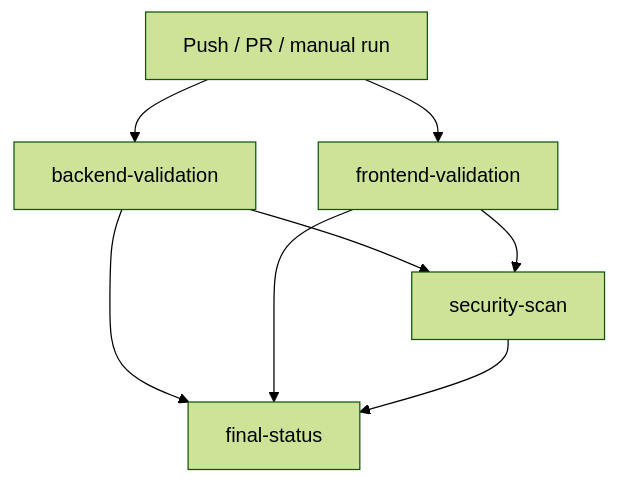
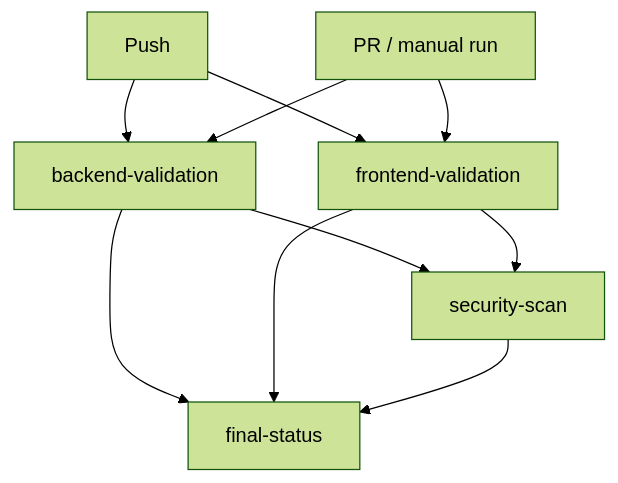
One commit to VAMSI21-2003/AI-Based-Multi-Modal-Secure-Code-Analysis-Platform changed the diagram in docs/CI_CD.md. Above: the diagram before and after it, drawn with Mermaid (forest theme). The commit also changed other lines of this file and 5 other files, not shown here.

````diff
--- a/docs/CI_CD.md
+++ b/docs/CI_CD.md
@@ -28,10 +37,12 @@
 ```mermaid
 flowchart TD
-    A[Push / PR / manual run] --> B[backend-validation]
+    A[Push] --> B[backend-validation]
     A --> C[frontend-validation]
-    B --> D[security-scan]
-    C --> D
-    B --> E[final-status]
+    D[PR / manual run] --> B
+    D --> C
+    B --> E[security-scan]
     C --> E
-    D --> E
+    B --> F[final-status]
+    C --> F
+    E --> F
 ```
````
